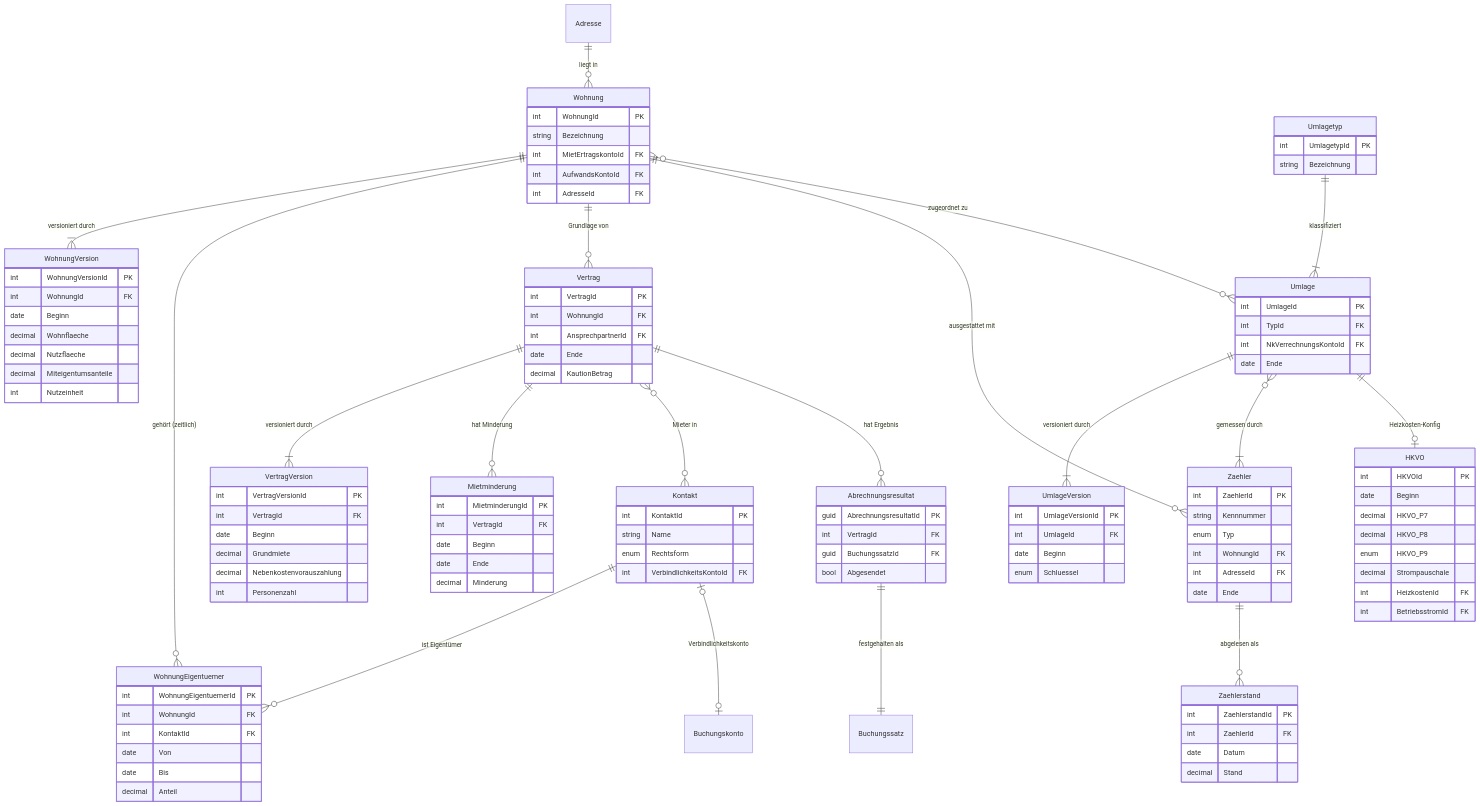
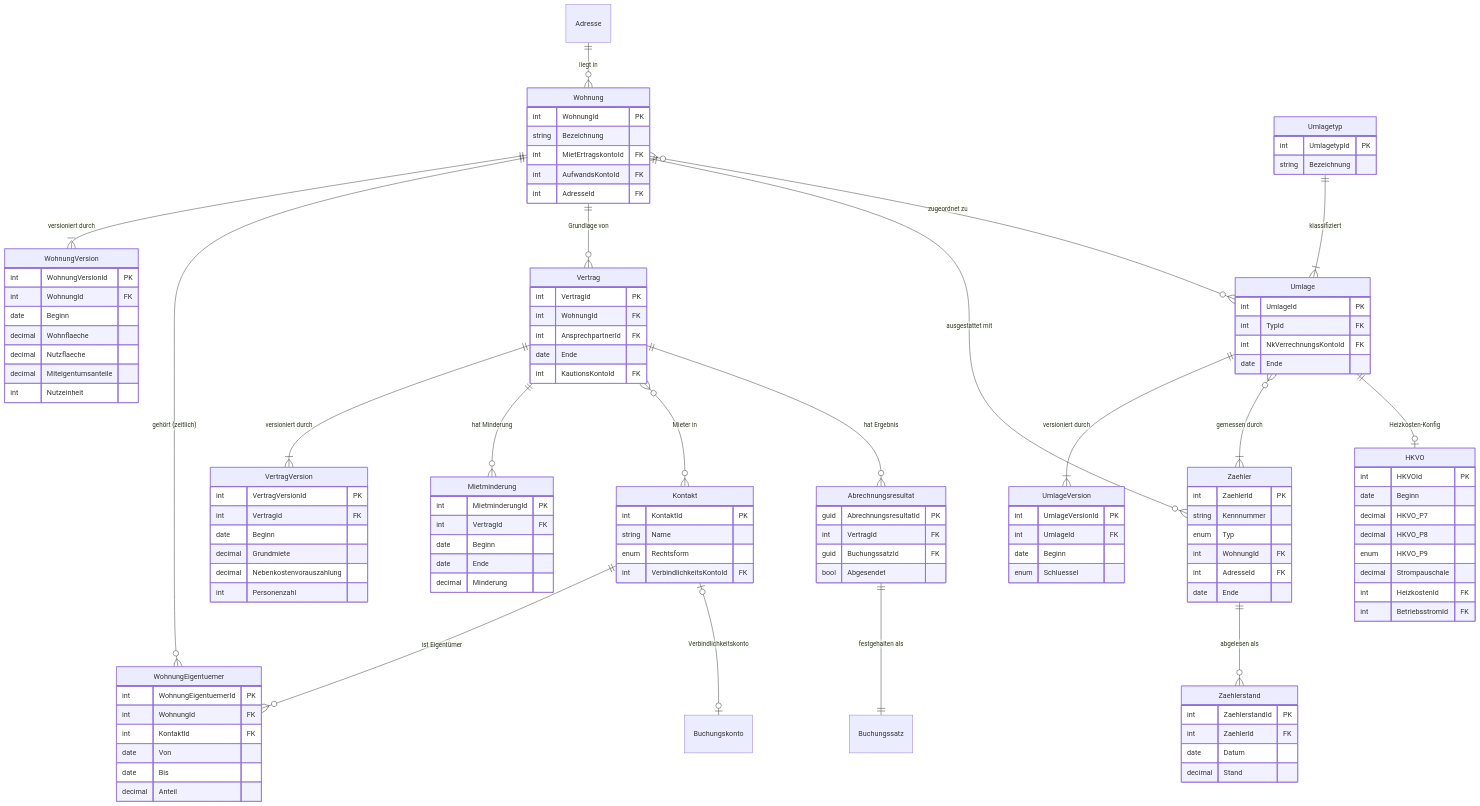
Before and after one commit to deeplex/walter: the second of 2 diagrams in docs/datenmodell.md, drawn with Mermaid. The commit also changed other lines of this file and 27 other files, not shown here.

```diff
--- a/docs/datenmodell.md
+++ b/docs/datenmodell.md
@@ -95,7 +95,7 @@
         int     WohnungId          FK
         int     AnsprechpartnerId  FK
         date    Ende
-        decimal KautionBetrag
+        int     KautionsKontoId    FK
     }
     VertragVersion {
         int     VertragVersionId PK
```
